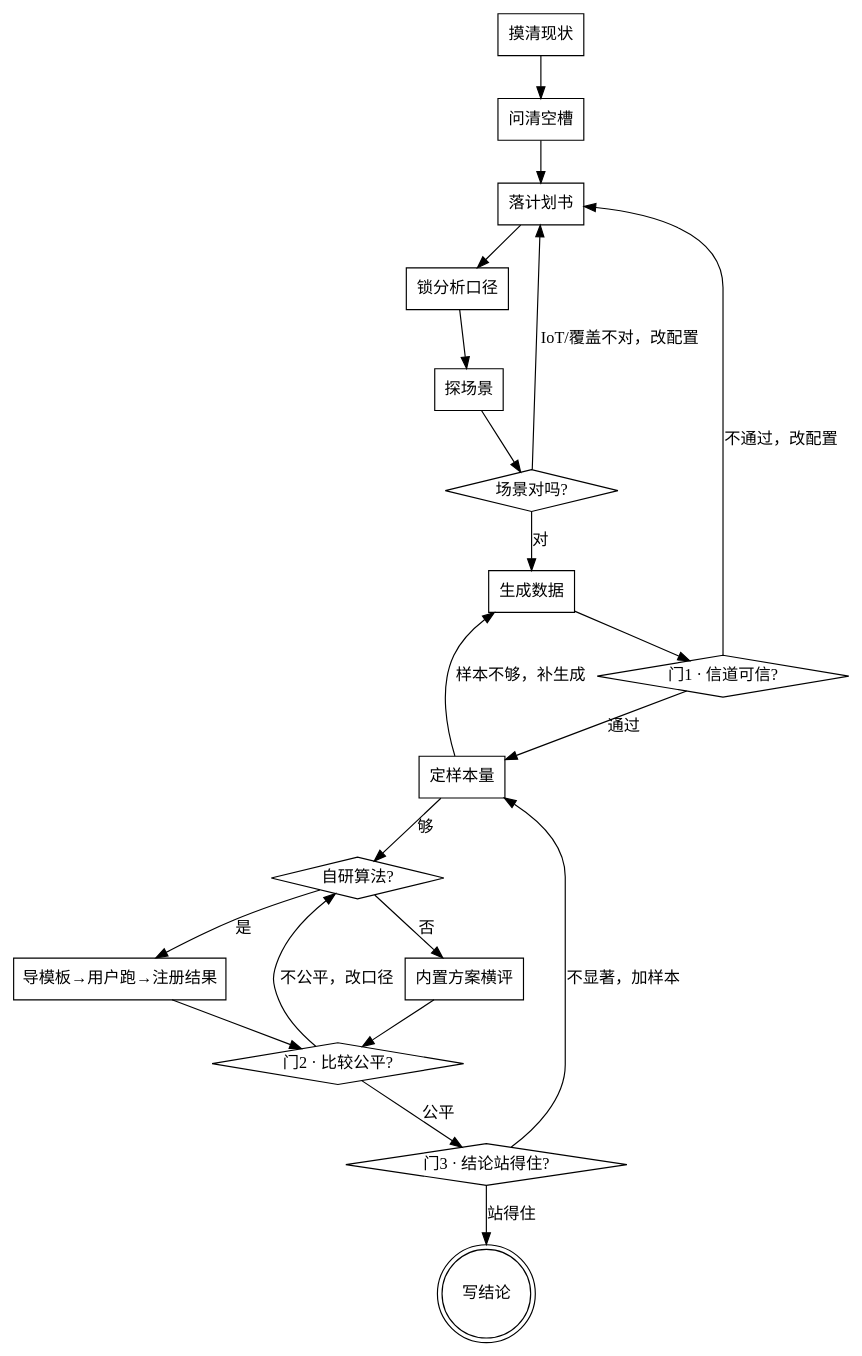
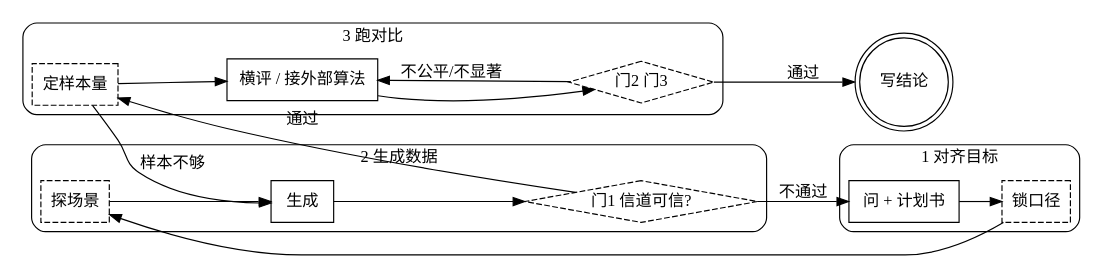
One commit to TianLin0509/SuperRAN changed the diagram in skills/channel-sim/SKILL.md. Above: the diagram before and after it, drawn with Graphviz. The commit also changed other lines of this file and 13 other files, not shown here.

````diff
--- a/skills/channel-sim/SKILL.md
+++ b/skills/channel-sim/SKILL.md
@@ -43,37 +48,31 @@
 ```dot
 digraph channel_sim {
-    "摸清现状" [shape=box];
-    "问清空槽" [shape=box];
-    "落计划书" [shape=box];
-    "锁分析口径" [shape=box];
-    "探场景" [shape=box];
-    "场景对吗?" [shape=diamond];
-    "生成数据" [shape=box];
-    "门1 · 信道可信?" [shape=diamond];
-    "定样本量" [shape=box];
-    "自研算法?" [shape=diamond];
-    "内置方案横评" [shape=box];
-    "导模板→用户跑→注册结果" [shape=box];
-    "门2 · 比较公平?" [shape=diamond];
-    "门3 · 结论站得住?" [shape=diamond];
+    rankdir=LR;
+    subgraph cluster_0 {
+        label="1 对齐目标"; style=rounded; color="#888";
+        "问 + 计划书" [shape=box];
+        "锁口径" [shape=box, style=dashed];
+    }
+    subgraph cluster_1 {
+        label="2 生成数据"; style=rounded; color="#888";
+        "探场景" [shape=box, style=dashed];
+        "生成" [shape=box];
+        "门1 信道可信?" [shape=diamond, style=dashed];
+    }
+    subgraph cluster_2 {
+        label="3 跑对比"; style=rounded; color="#888";
+        "定样本量" [shape=box, style=dashed];
+        "横评 / 接外部算法" [shape=box];
+        "门2 门3" [shape=diamond, style=dashed];
+    }
     "写结论" [shape=doublecircle];
 
-    "摸清现状" -> "问清空槽" -> "落计划书" -> "锁分析口径" -> "探场景";
-    "探场景" -> "场景对吗?";
-    "场景对吗?" -> "落计划书" [label="IoT/覆盖不对，改配置"];
-    "场景对吗?" -> "生成数据" [label="对"];
-    "生成数据" -> "门1 · 信道可信?";
-    "门1 · 信道可信?" -> "落计划书" [label="不通过，改配置"];
-    "门1 · 信道可信?" -> "定样本量" [label="通过"];
-    "定样本量" -> "生成数据" [label="样本不够，补生成"];
-    "定样本量" -> "自研算法?" [label="够"];
-    "自研算法?" -> "内置方案横评" [label="否"];
-    "自研算法?" -> "导模板→用户跑→注册结果" [label="是"];
-    "内置方案横评" -> "门2 · 比较公平?";
-    "导模板→用户跑→注册结果" -> "门2 · 比较公平?";
-    "门2 · 比较公平?" -> "自研算法?" [label="不公平，改口径"];
-    "门2 · 比较公平?" -> "门3 · 结论站得住?" [label="公平"];
-    "门3 · 结论站得住?" -> "定样本量" [label="不显著，加样本"];
-    "门3 · 结论站得住?" -> "写结论" [label="站得住"];
+    "问 + 计划书" -> "锁口径" -> "探场景" -> "生成" -> "门1 信道可信?";
+    "门1 信道可信?" -> "问 + 计划书" [label="不通过"];
+    "门1 信道可信?" -> "定样本量" [label="通过"];
+    "定样本量" -> "生成" [label="样本不够"];
+    "定样本量" -> "横评 / 接外部算法" -> "门2 门3";
+    "门2 门3" -> "横评 / 接外部算法" [label="不公平/不显著"];
+    "门2 门3" -> "写结论" [label="通过"];
 }
 ```
````
